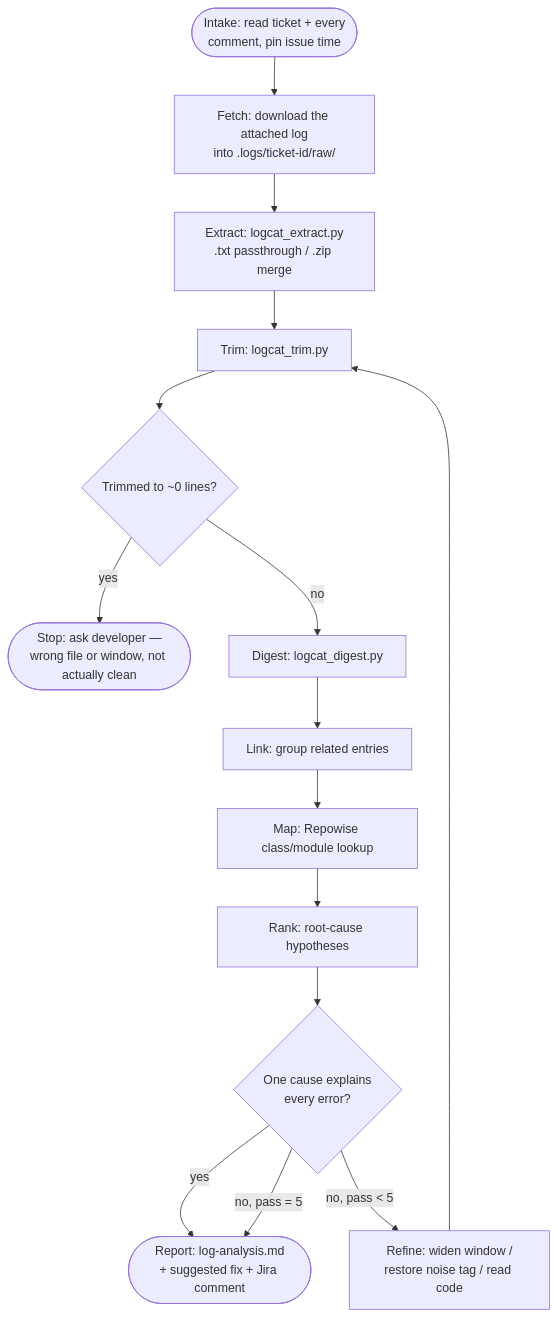
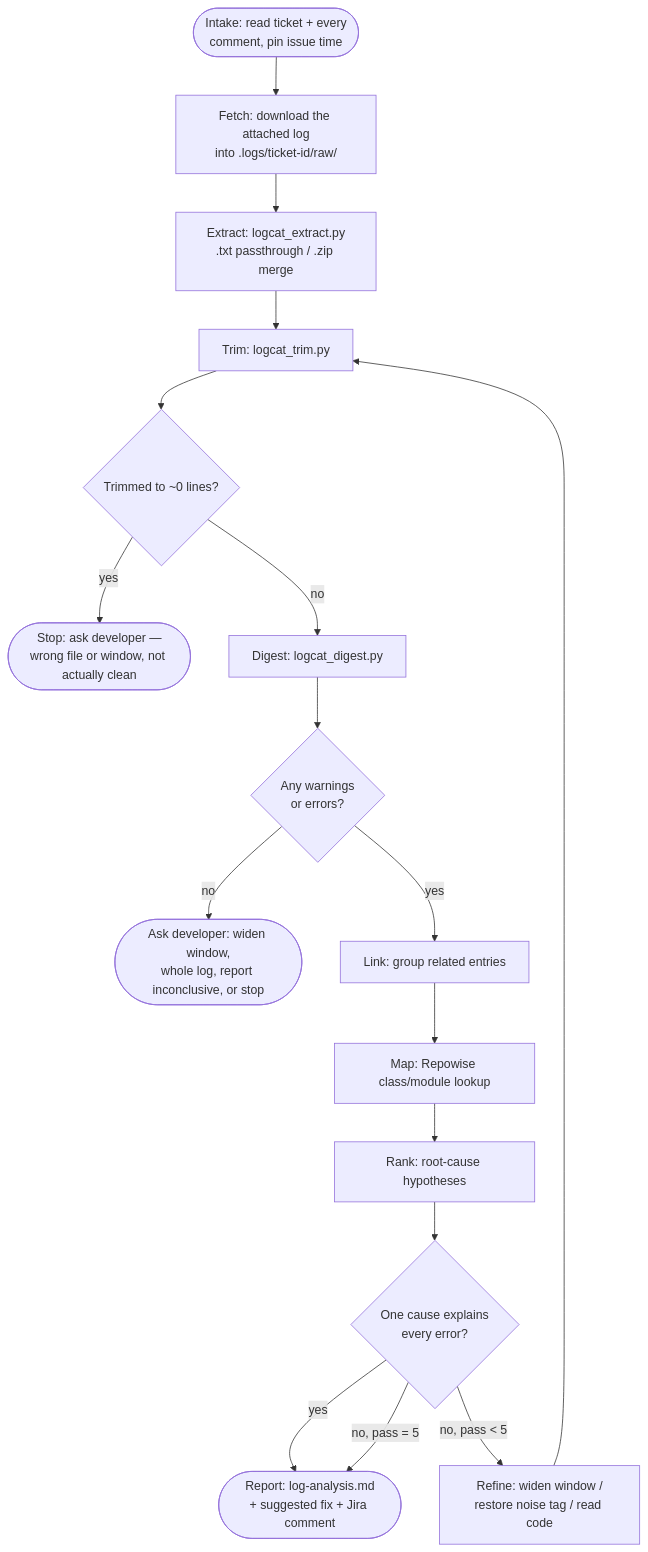
Before and after one commit to saraths-99/github-workflow: the second of 2 diagrams in docs/workflow-design.md, drawn with Mermaid. The commit also changed other lines of this file and 39 other files, not shown here.

First line of the commit message:
Add provider choice, workflow report and several developer prompts (0.4.8)

````diff
--- a/docs/workflow-design.md
+++ b/docs/workflow-design.md
@@ -120,17 +135,19 @@
 ```mermaid
 flowchart TD
     A([Intake: read ticket + every<br/>comment, pin issue time]) --> W[Fetch: download the attached log<br/>into .logs/ticket-id/raw/]
     W --> X[Extract: logcat_extract.py<br/>.txt passthrough / .zip merge]
     X --> B[Trim: logcat_trim.py]
     B --> BW{Trimmed to ~0 lines?}
     BW -- yes --> BWX([Stop: ask developer —<br/>wrong file or window, not actually clean])
     BW -- no --> C[Digest: logcat_digest.py]
-    C --> D[Link: group related entries]
+    C --> CW{Any warnings<br/>or errors?}
+    CW -- no --> CWX([Ask developer: widen window,<br/>whole log, report inconclusive, or stop])
+    CW -- yes --> D[Link: group related entries]
     D --> E[Map: Repowise class/module lookup]
     E --> F[Rank: root-cause hypotheses]
     F --> G{One cause explains<br/>every error?}
     G -- yes --> H([Report: log-analysis.md<br/>+ suggested fix + Jira comment])
     G -- no, pass < 5 --> I[Refine: widen window /<br/>restore noise tag / read code]
     I --> B
     G -- no, pass = 5 --> H
 ```
````
